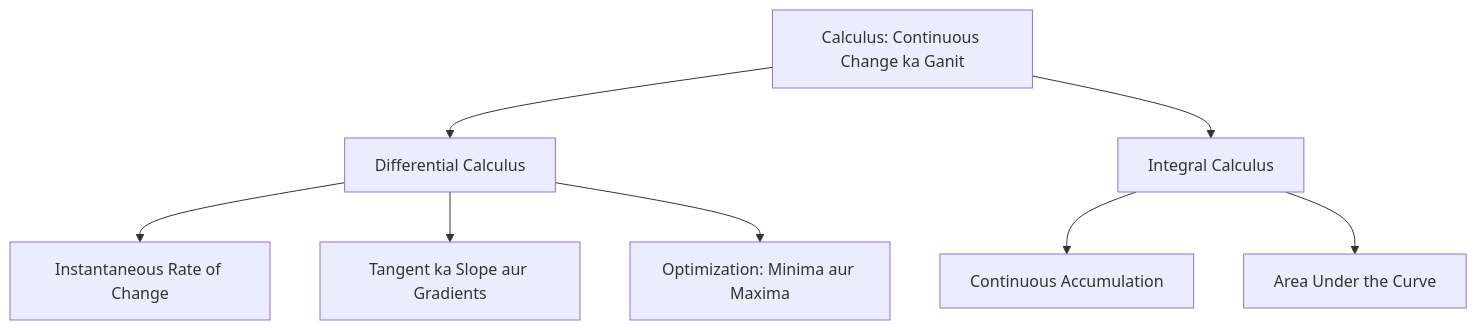
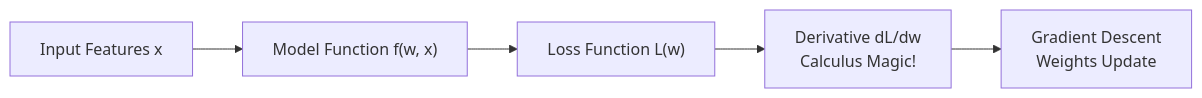
Before and after one commit to S1h2i3v4a/AI_ML: the diagram in lecture_22/Notes_22.01/README_HINGLISH.md, drawn with Mermaid. The commit also changed other lines of this file and 156 other files, not shown here.

Commit message:
docs(lectures 22-24): align notes with video lectures, add blackboard diagrams, clean structured functions, and compile vector PDFs

````diff
--- a/lecture_22/Notes_22.01/README_HINGLISH.md
+++ b/lecture_22/Notes_22.01/README_HINGLISH.md
@@ -20,10 +39,7 @@
 ```mermaid
-graph TD
-    A["Calculus: Continuous Change ka Ganit"] --> B["Differential Calculus"]
-    A --> C["Integral Calculus"]
-    B --> D["Instantaneous Rate of Change"]
-    B --> E["Tangent ka Slope aur Gradients"]
-    B --> F["Optimization: Minima aur Maxima"]
-    C --> G["Continuous Accumulation"]
-    C --> H["Area Under the Curve"]
+flowchart LR
+    A["Input Features x"] --> B["Model Function f(w, x)"]
+    B --> C["Loss Function L(w)"]
+    C --> D["Derivative dL/dw<br/>Calculus Magic!"]
+    D --> E["Gradient Descent<br/>Weights Update"]
 ```
````
